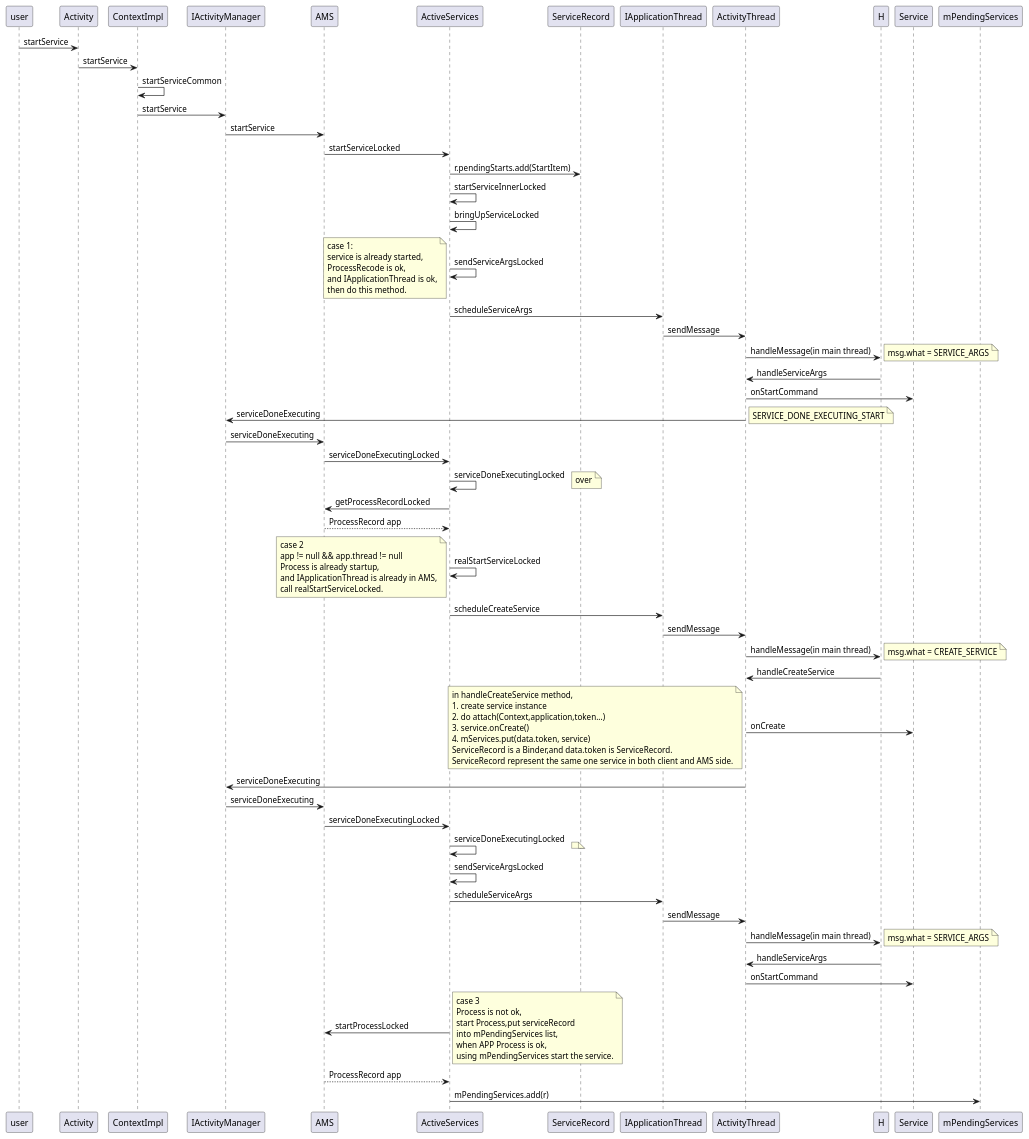
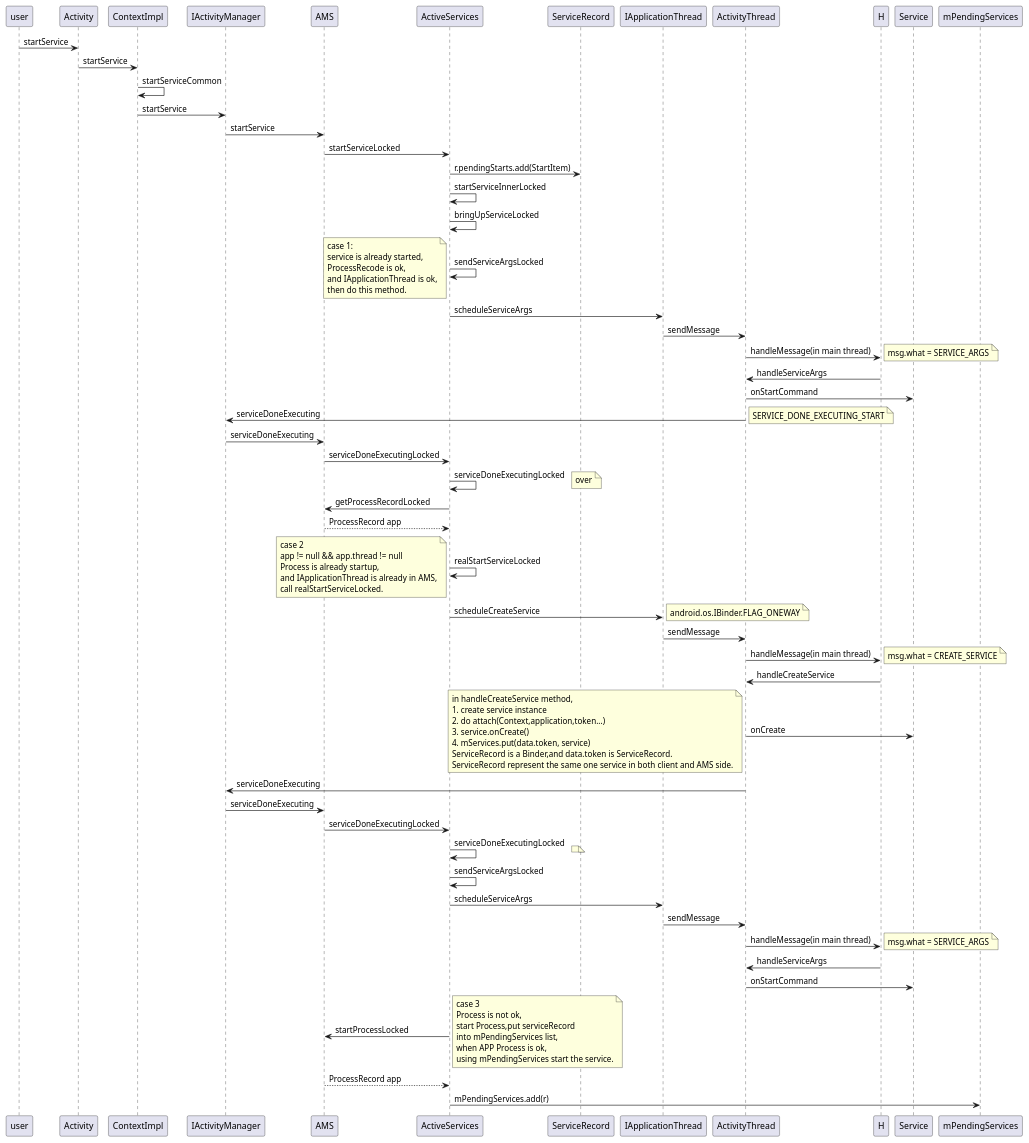
The diagram in docs/service的启动原理_应用进程已启_01.puml (KentTJ/ImoocRxJavaStudy), drawn with PlantUML before and after one commit.

Commit message:
Service的启动流程流程图。

```diff
--- a/docs/service的启动原理_应用进程已启_01.puml
+++ b/docs/service的启动原理_应用进程已启_01.puml
@@ -1,101 +1,102 @@
 @startuml
 user -> Activity: startService
 Activity -> ContextImpl: startService
 ContextImpl -> ContextImpl: startServiceCommon
 ContextImpl -> IActivityManager: startService
 
 IActivityManager -> AMS: startService
 AMS -> ActiveServices: startServiceLocked
 ActiveServices -> ServiceRecord: r.pendingStarts.add(StartItem)
 ActiveServices -> ActiveServices: startServiceInnerLocked
 ActiveServices -> ActiveServices: bringUpServiceLocked
 'case 1 begin'
 ActiveServices -> ActiveServices: sendServiceArgsLocked
 
 note left
 case 1:
 service is already started,
 ProcessRecode is ok,
 and IApplicationThread is ok,
 then do this method.
 end note
 
 ActiveServices -> IApplicationThread: scheduleServiceArgs
 IApplicationThread -> ActivityThread: sendMessage
 ActivityThread -> H: handleMessage(in main thread)
 note right: msg.what = SERVICE_ARGS
 H -> ActivityThread: handleServiceArgs
 ActivityThread -> Service: onStartCommand
 ActivityThread -> IActivityManager: serviceDoneExecuting
 note right: SERVICE_DONE_EXECUTING_START
 IActivityManager -> AMS: serviceDoneExecuting
 AMS -> ActiveServices: serviceDoneExecutingLocked
 ActiveServices -> ActiveServices: serviceDoneExecutingLocked
 note right: over
 
 'this case over, service started finished and ok.'
 'case 1 end'
 
 
 'case 2 begin'
 ActiveServices -> AMS:getProcessRecordLocked
 AMS --> ActiveServices: ProcessRecord app
 ActiveServices -> ActiveServices: realStartServiceLocked
 
 note left
 case 2
 app != null && app.thread != null
 Process is already startup,
 and IApplicationThread is already in AMS,
 call realStartServiceLocked.
 end note
 
 ActiveServices -> IApplicationThread: scheduleCreateService
+note right: android.os.IBinder.FLAG_ONEWAY
 IApplicationThread -> ActivityThread: sendMessage
 ActivityThread -> H: handleMessage(in main thread)
 note right: msg.what = CREATE_SERVICE
 H -> ActivityThread: handleCreateService
 ActivityThread -> Service: onCreate
 note left
 in handleCreateService method,
 1. create service instance
 2. do attach(Context,application,token...)
 3. service.onCreate()
 4. mServices.put(data.token, service)
 ServiceRecord is a Binder,and data.token is ServiceRecord.
 ServiceRecord represent the same one service in both client and AMS side.
 end note
 ActivityThread -> IActivityManager: serviceDoneExecuting
 IActivityManager -> AMS: serviceDoneExecuting
 AMS -> ActiveServices: serviceDoneExecutingLocked
 ActiveServices -> ActiveServices: serviceDoneExecutingLocked
 note right:
 
 ActiveServices -> ActiveServices: sendServiceArgsLocked
 ActiveServices -> IApplicationThread: scheduleServiceArgs
 IApplicationThread -> ActivityThread: sendMessage
 ActivityThread -> H: handleMessage(in main thread)
 note right: msg.what = SERVICE_ARGS
 H -> ActivityThread: handleServiceArgs
 ActivityThread -> Service: onStartCommand
 
 'case 2 end'
 
 'case 3 begin'
 'startProcessLocked'
 'mPendingServices.add(r)'
 ActiveServices -> AMS: startProcessLocked
 note right
 case 3
 Process is not ok,
 start Process,put serviceRecord
 into mPendingServices list,
 when APP Process is ok,
 using mPendingServices start the service.
 end note
 AMS --> ActiveServices: ProcessRecord app
 ActiveServices -> mPendingServices: mPendingServices.add(r)
 'case 3 end'
 
 
 @enduml
```
